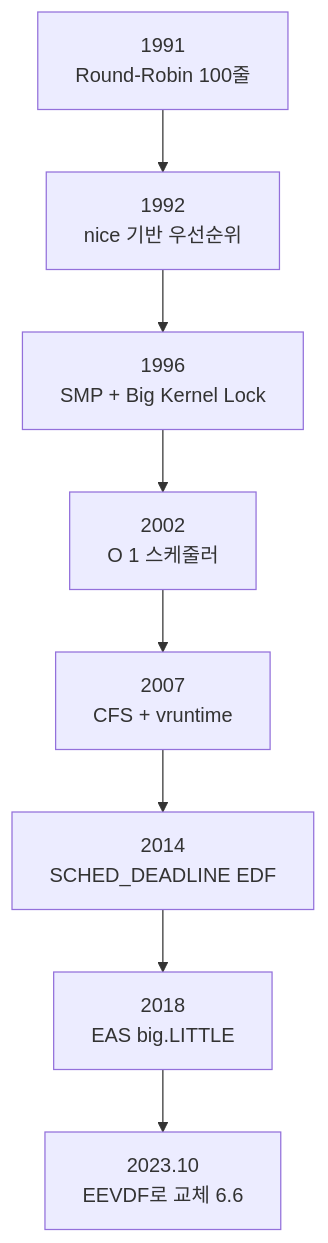
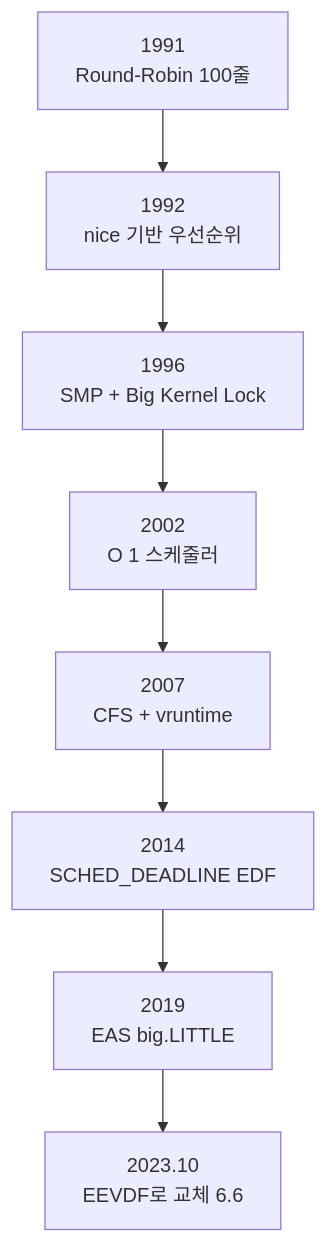
The second of 4 diagrams in system/part08_scheduler.md (Rein-ArXiv/game-dev-curriculum), drawn with Mermaid before and after one commit. The commit also changed other lines of this file and 1129 other files, not shown here.

````diff
--- a/system/part08_scheduler.md
+++ b/system/part08_scheduler.md
@@ -174,10 +174,10 @@
 ```mermaid
 flowchart TB
     A[1991<br/>Round-Robin 100줄] --> B[1992<br/>nice 기반 우선순위]
     B --> C[1996<br/>SMP + Big Kernel Lock]
     C --> D[2002<br/>O 1 스케줄러]
     D --> E[2007<br/>CFS + vruntime]
     E --> F[2014<br/>SCHED_DEADLINE EDF]
-    F --> G[2018<br/>EAS big.LITTLE]
+    F --> G[2019<br/>EAS big.LITTLE]
     G --> H[2023.10<br/>EEVDF로 교체 6.6]
 ```
````
